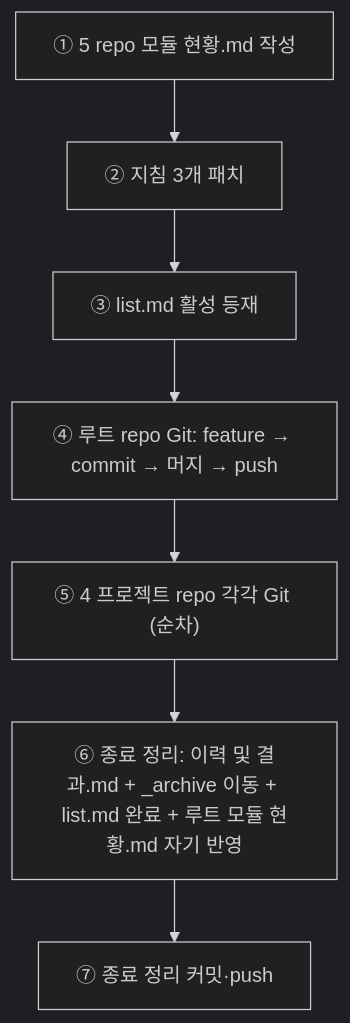
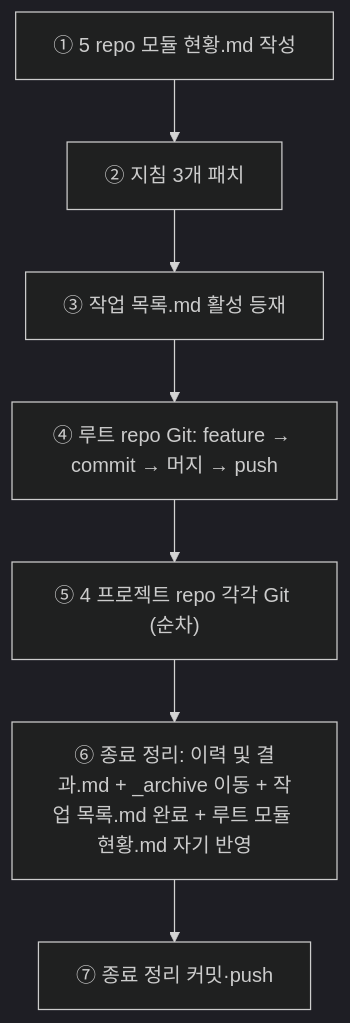
The diagram in docs/tasks/meta/20260515_archive-modules-index/계획.md (eskim-todoc/claude), drawn with Mermaid (dark theme) before and after one commit. The commit also changed other lines of this file and 53 other files, not shown here.

````diff
--- a/docs/tasks/meta/20260515_archive-modules-index/계획.md
+++ b/docs/tasks/meta/20260515_archive-modules-index/계획.md
@@ -15,9 +15,9 @@
 ```mermaid
 flowchart TD
     A["① 5 repo 모듈 현황.md 작성"] --> B["② 지침 3개 패치"]
-    B --> C["③ list.md 활성 등재"]
+    B --> C["③ 작업 목록.md 활성 등재"]
     C --> D["④ 루트 repo Git: feature → commit → 머지 → push"]
     D --> E["⑤ 4 프로젝트 repo 각각 Git (순차)"]
-    E --> F["⑥ 종료 정리: 이력 및 결과.md + _archive 이동 + list.md 완료 + 루트 모듈 현황.md 자기 반영"]
+    E --> F["⑥ 종료 정리: 이력 및 결과.md + _archive 이동 + 작업 목록.md 완료 + 루트 모듈 현황.md 자기 반영"]
     F --> G["⑦ 종료 정리 커밋·push"]
 ```
````
